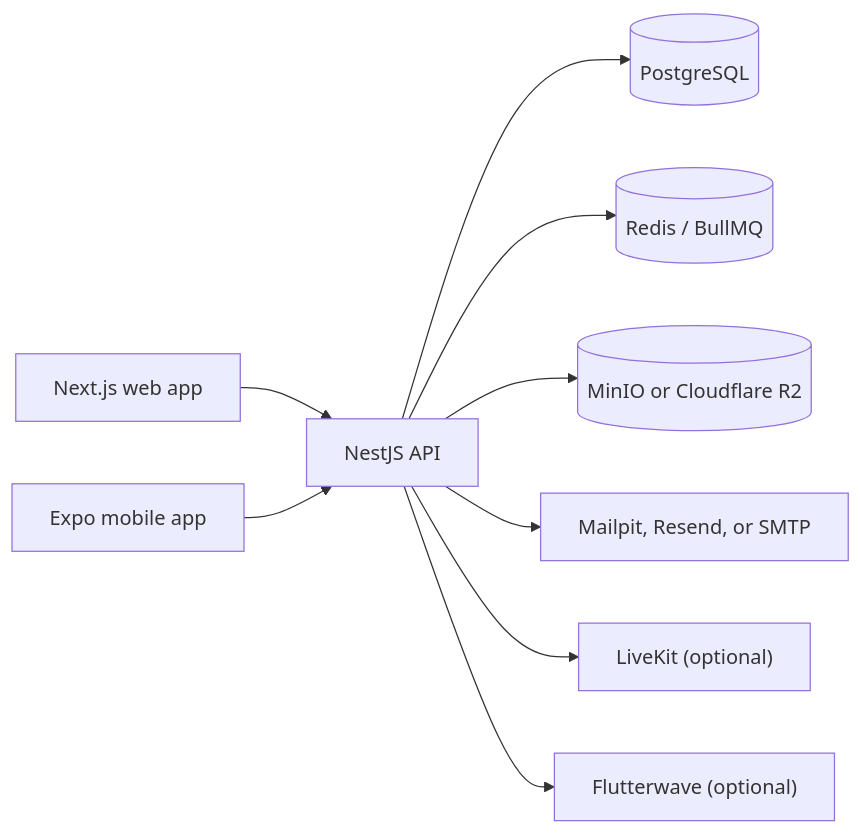
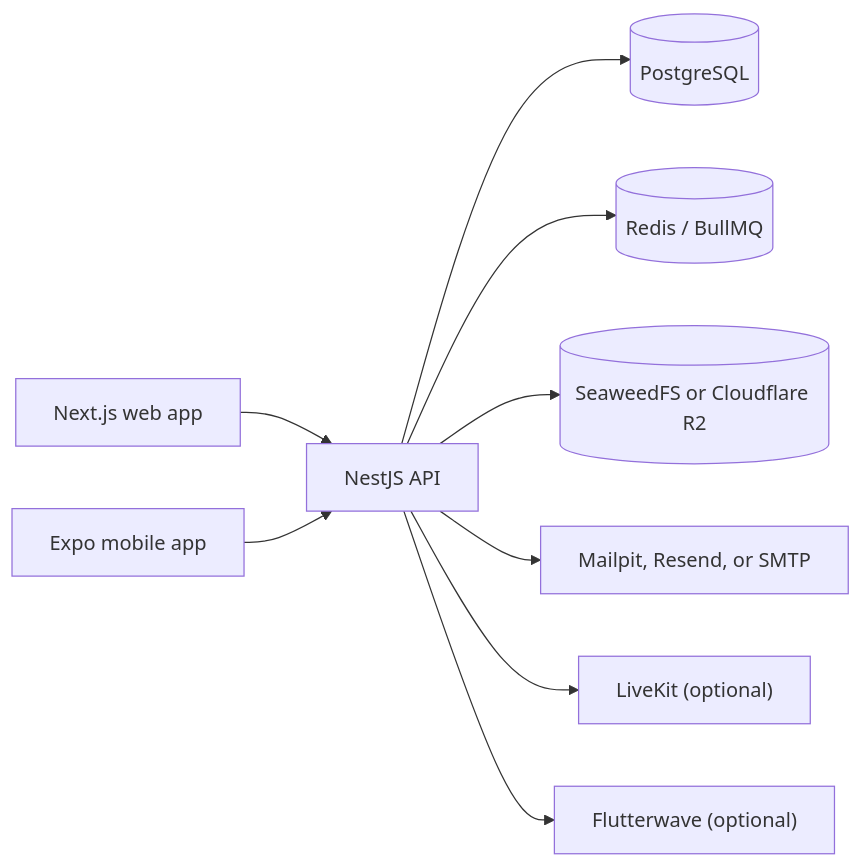
One commit to richard-kenneth/skillex changed the diagram in README.md. Above: the diagram before and after it, drawn with Mermaid. The commit also changed other lines of this file and 17 other files, not shown here.

First line of the commit message:
chore(dev): replace retired MinIO with SeaweedFS

````diff
--- a/README.md
+++ b/README.md
@@ -169,11 +170,11 @@
 ```mermaid
 flowchart LR
   Web["Next.js web app"] --> API["NestJS API"]
   Mobile["Expo mobile app"] --> API
   API --> DB[("PostgreSQL")]
   API --> Redis[("Redis / BullMQ")]
-  API --> Storage[("MinIO or Cloudflare R2")]
+  API --> Storage[("SeaweedFS or Cloudflare R2")]
   API --> Email["Mailpit, Resend, or SMTP"]
   API --> LiveKit["LiveKit (optional)"]
   API --> Payments["Flutterwave (optional)"]
 ```
````
